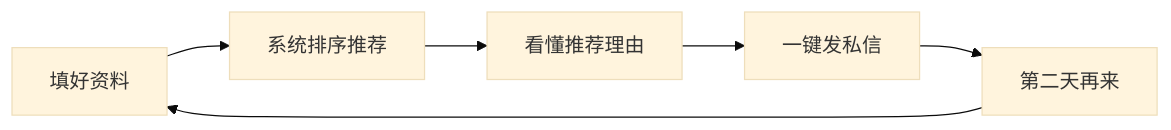
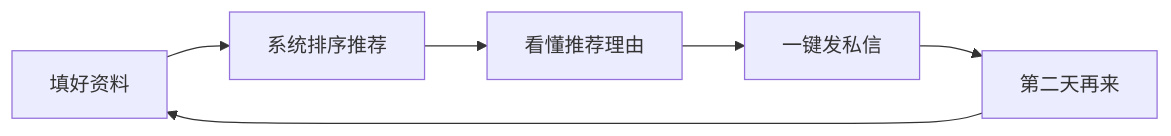
One commit to FrankDengAI/founder-bridge-AI changed the first of 13 diagrams in README.md. Above: the diagram before and after it, drawn with Mermaid. The commit also changed other lines of this file and 75 other files, not shown here.

````diff
--- a/README.md
+++ b/README.md
@@ -267,9 +269,8 @@
 ```mermaid
-%%{init: {'theme': 'base', 'themeVariables': {'fontSize': '16px'}, 'flowchart': {'nodeSpacing': 40, 'rankSpacing': 50}}}%%
 flowchart LR
   A["填好资料"] --> B["系统排序推荐"]
   B --> C["看懂推荐理由"]
   C --> D["一键发私信"]
   D --> E["第二天再来"]
   E --> A
 ```
````
